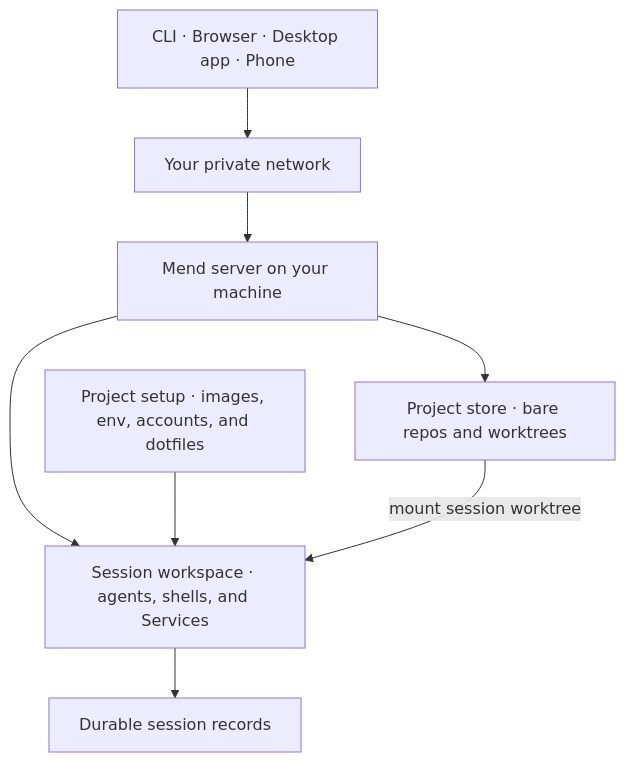
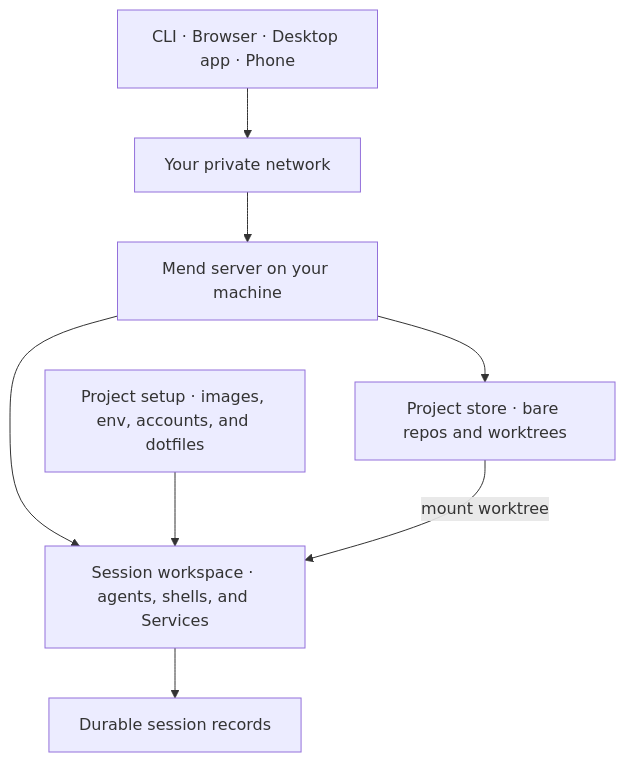
One commit to sealant-sh/Mend changed the first of 2 diagrams in apps/docs/src/content/docs/index.md. Above: the diagram before and after it, drawn with Mermaid. The commit also changed other lines of this file and 9 other files, not shown here.

````diff
--- a/apps/docs/src/content/docs/index.md
+++ b/apps/docs/src/content/docs/index.md
@@ -35,17 +36,17 @@
 ```mermaid
 flowchart TB
   clients[CLI · Browser · Desktop app · Phone]
   network[Your private network]
   mend[Mend server on your machine]
   store[Project store · bare repos and worktrees]
   setup[Project setup · images, env, accounts, and dotfiles]
   workspace[Session workspace · agents, shells, and Services]
   records[Durable session records]
 
   clients --> network --> mend
   mend --> store
   mend --> workspace
   setup --> workspace
-  store -->|mount session worktree| workspace
+  store -->|mount worktree| workspace
   workspace --> records
 ```
````
